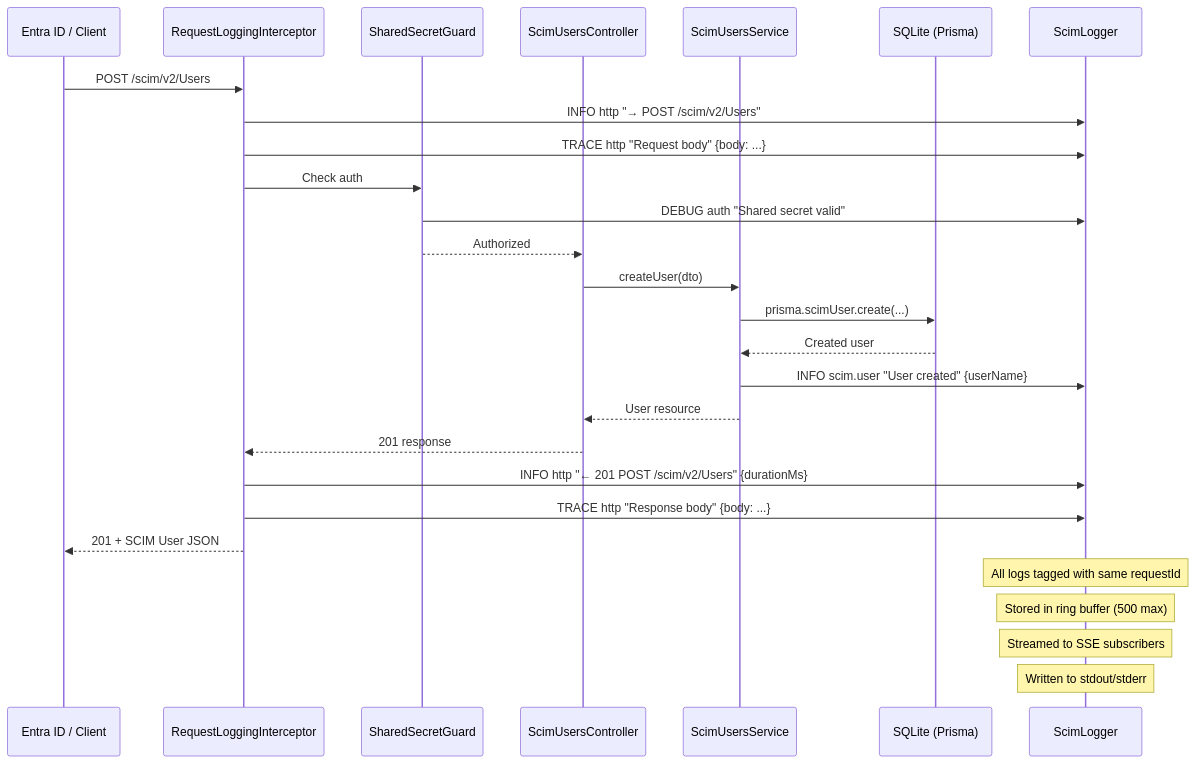
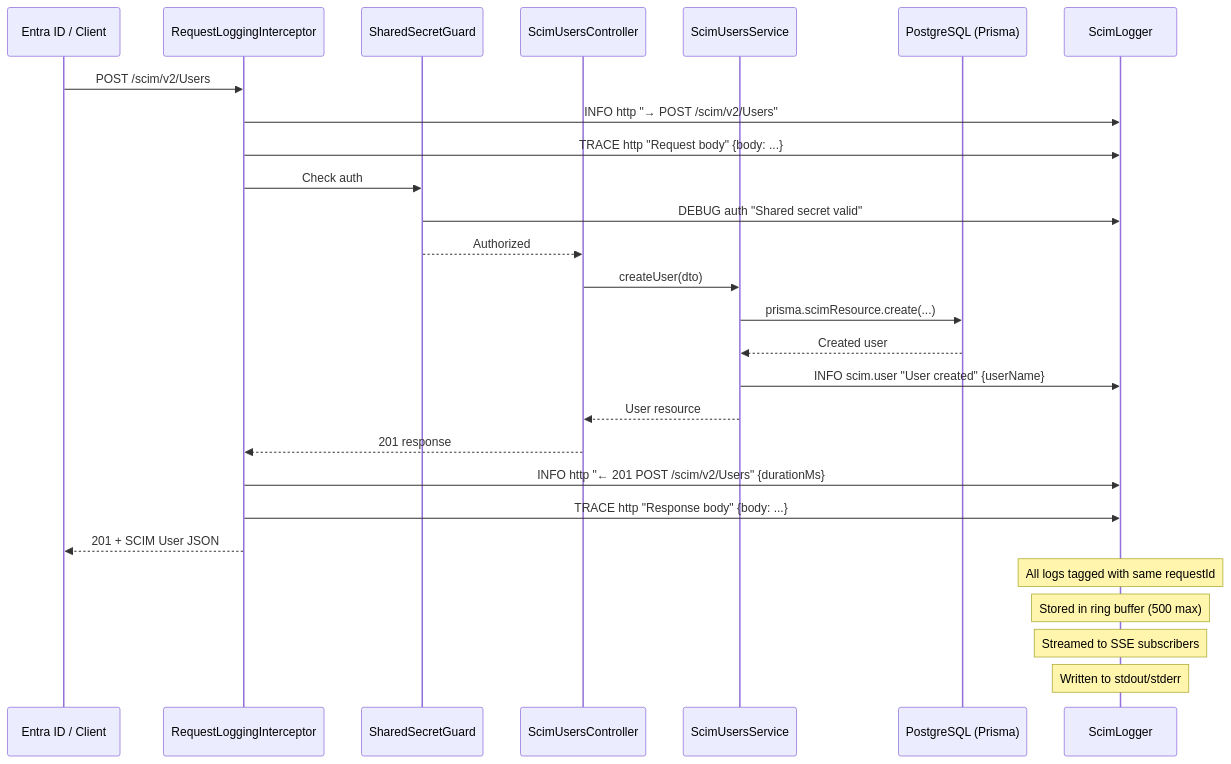
One commit to pranems/SCIMServer changed the second of 3 diagrams in docs/REMOTE_DEBUGGING_AND_DIAGNOSIS.md. Above: the diagram before and after it, drawn with Mermaid. The commit also changed other lines of this file and 64 other files, not shown here.

````diff
--- a/docs/REMOTE_DEBUGGING_AND_DIAGNOSIS.md
+++ b/docs/REMOTE_DEBUGGING_AND_DIAGNOSIS.md
@@ -815,31 +815,31 @@
 ```mermaid
 sequenceDiagram
     participant Client as Entra ID / Client
     participant Interceptor as RequestLoggingInterceptor
     participant Guard as SharedSecretGuard
     participant Controller as ScimUsersController
     participant Service as ScimUsersService
-    participant DB as SQLite (Prisma)
+    participant DB as PostgreSQL (Prisma)
     participant Logger as ScimLogger
 
     Client->>Interceptor: POST /scim/v2/Users
     Interceptor->>Logger: INFO http "→ POST /scim/v2/Users"
     Interceptor->>Logger: TRACE http "Request body" {body: ...}
     Interceptor->>Guard: Check auth
     Guard->>Logger: DEBUG auth "Shared secret valid"
     Guard-->>Controller: Authorized
     Controller->>Service: createUser(dto)
-    Service->>DB: prisma.scimUser.create(...)
+    Service->>DB: prisma.scimResource.create(...)
     DB-->>Service: Created user
     Service->>Logger: INFO scim.user "User created" {userName}
     Service-->>Controller: User resource
     Controller-->>Interceptor: 201 response
     Interceptor->>Logger: INFO http "← 201 POST /scim/v2/Users" {durationMs}
     Interceptor->>Logger: TRACE http "Response body" {body: ...}
     Interceptor-->>Client: 201 + SCIM User JSON
 
     Note over Logger: All logs tagged with same requestId
     Note over Logger: Stored in ring buffer (500 max)
     Note over Logger: Streamed to SSE subscribers
     Note over Logger: Written to stdout/stderr
 ```
````
